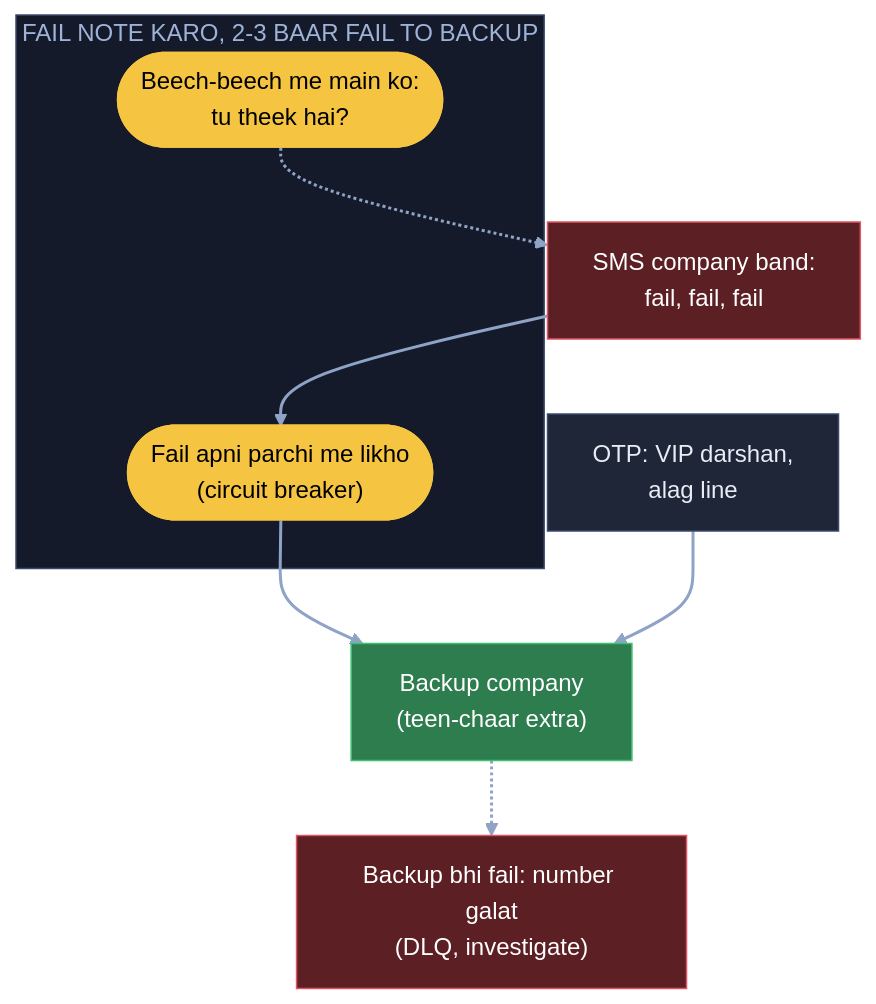
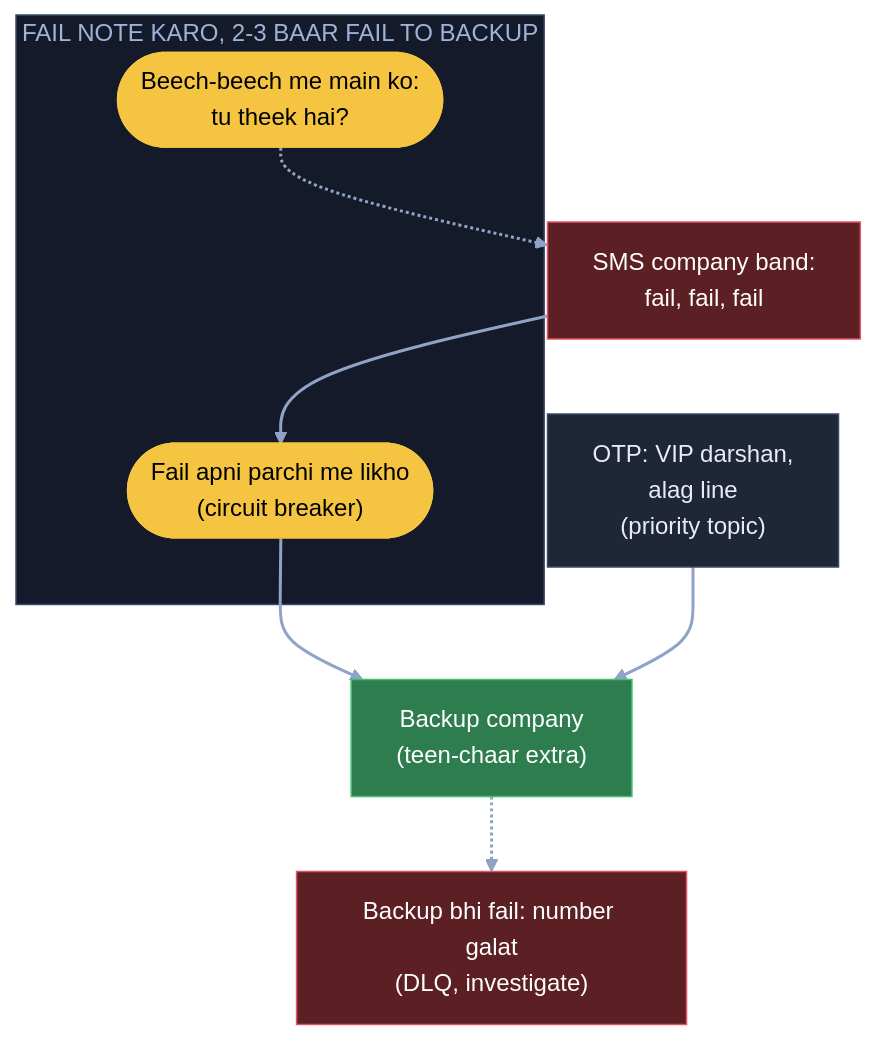
The fifth of 10 diagrams in 04_HLD/SYSTEM_DESIGNS/04_notification_system/04_notification_system.md (ArpanMaheshwari144/Prep), drawn with Mermaid before and after one commit. The commit also changed other lines of this file and 20 other files, not shown here.

Commit message:
HLD main files: diagram me kahani shabd + bracket me asli naam (21 design, 182 label)

````diff
--- a/04_HLD/SYSTEM_DESIGNS/04_notification_system/04_notification_system.md
+++ b/04_HLD/SYSTEM_DESIGNS/04_notification_system/04_notification_system.md
@@ -246,22 +246,22 @@
 ```mermaid
 flowchart TB
     F["SMS company band:<br/>fail, fail, fail"]:::bad
     subgraph CB["FAIL NOTE KARO, 2-3 BAAR FAIL TO BACKUP"]
         N(["Fail apni parchi me likho<br/>(circuit breaker)"]):::pill
         H(["Beech-beech me main ko:<br/>tu theek hai?"]):::pill
     end
     B["Backup company<br/>(teen-chaar extra)"]:::good
-    V["OTP: VIP darshan,<br/>alag line"]:::card
+    V["OTP: VIP darshan,<br/>alag line<br/>(priority topic)"]:::card
     D["Backup bhi fail: number galat<br/>(DLQ, investigate)"]:::bad
     F --> N
     N --> B
     H -.-> F
     V --> B
     B -.-> D
     linkStyle default stroke:#8fa3c7,stroke-width:2px
     classDef card fill:#1e2638,stroke:#3a4a6b,color:#e8ecf5
     classDef pill fill:#f5c542,stroke:#f5c542,color:#000
     classDef good fill:#2e7d4f,stroke:#3fbf6f,color:#fff
     classDef bad fill:#5c1f24,stroke:#e05561,color:#fff
     style CB fill:#141a29,stroke:#3a4a6b,color:#9fb3d9
 ```
````
